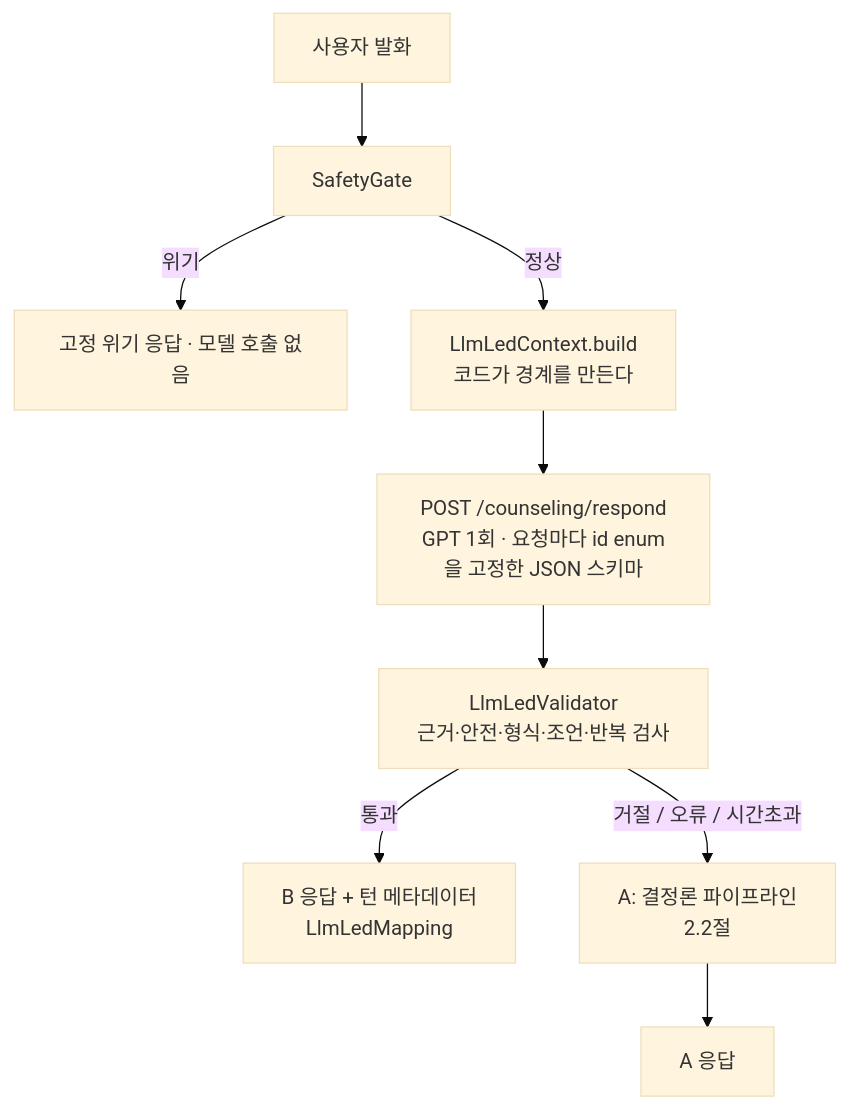
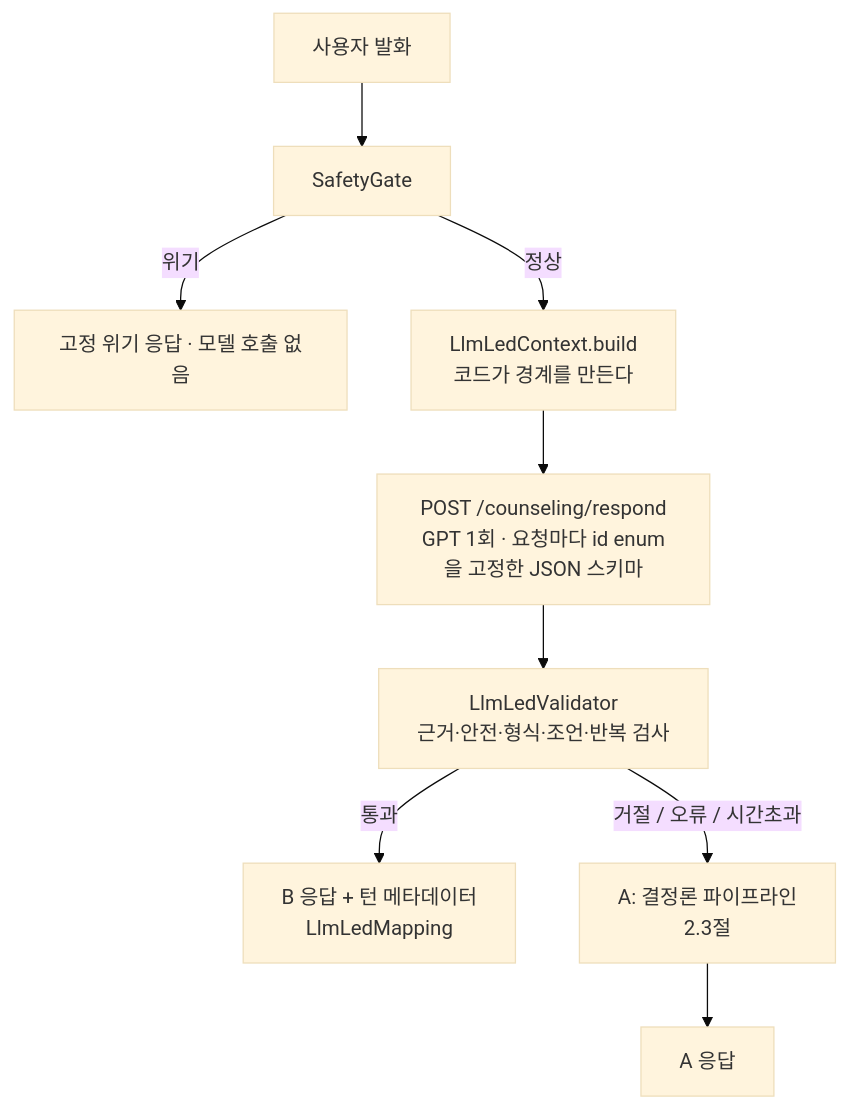
One commit to mindriumapp-sketch/mindrium_user_test changed the first of 2 diagrams in docs/counseling/chatbot_system.md. Above: the diagram before and after it, drawn with Mermaid (base theme). The commit also changed other lines of this file and 7 other files, not shown here.

First line of the commit message:
docs(chatbot): handover docs for the current architecture; AS-IS/TO-BE comparison

````diff
--- a/docs/counseling/chatbot_system.md
+++ b/docs/counseling/chatbot_system.md
@@ -31,11 +30,11 @@
 ```mermaid
 flowchart TD
   U[사용자 발화] --> SG[SafetyGate]
   SG -->|위기| C[고정 위기 응답 · 모델 호출 없음]
   SG -->|정상| CTX[LlmLedContext.build<br/>코드가 경계를 만든다]
   CTX --> B[POST /counseling/respond<br/>GPT 1회 · 요청마다 id enum을 고정한 JSON 스키마]
   B --> V[LlmLedValidator<br/>근거·안전·형식·조언·반복 검사]
   V -->|통과| OUT[B 응답 + 턴 메타데이터<br/>LlmLedMapping]
-  V -->|거절 / 오류 / 시간초과| A[A: 결정론 파이프라인<br/>2.2절]
+  V -->|거절 / 오류 / 시간초과| A[A: 결정론 파이프라인<br/>2.3절]
   A --> OUT2[A 응답]
 ```
````
